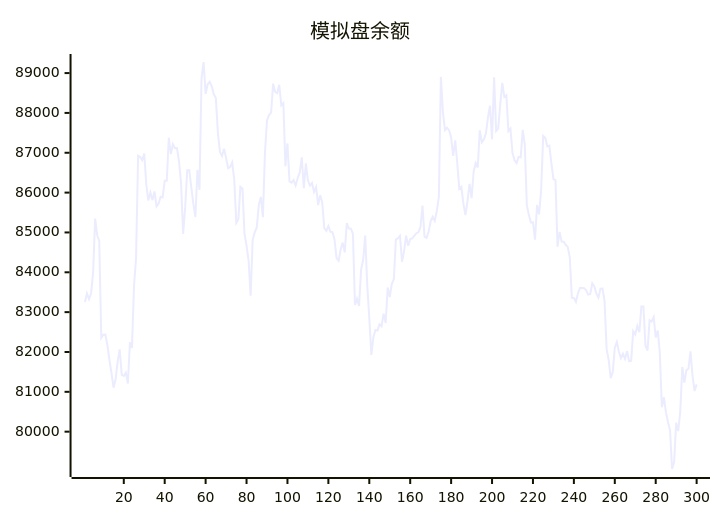
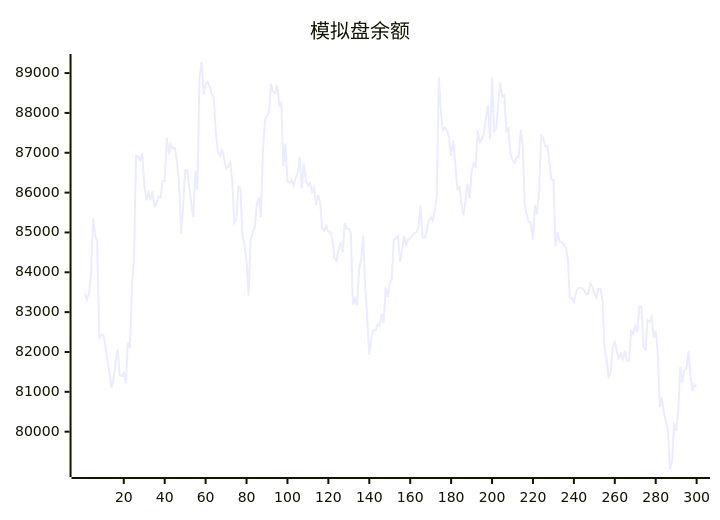
Before and after one commit to aahl/ai-trading: the diagram in README.md, drawn with Mermaid. The commit also changed other lines of this file and 1 other file, not shown here.

````diff
--- a/README.md
+++ b/README.md
@@ -5,5 +5,5 @@
 ```mermaid
 xychart
     title "模拟盘余额"
-    line [83253,83470,83327,83465,83987,85348,84930,84786,82355,82433,82438,82167,81795,81466,81105,81315,81756,82064,81426,81398,81481,81210,82242,82099,83658,84359,86925,86892,86814,86980,86203,85802,86003,85811,86028,85657,85721,85896,85880,86300,86299,87378,86965,87214,87115,87118,86780,86238,84966,85623,86555,86562,86129,85722,85387,86569,86070,88870,89278,88477,88720,88781,88668,88467,88372,87493,87018,86917,87102,86870,86613,86644,86758,86317,85242,85334,86149,86106,84968,84671,84302,83410,84816,85001,85127,85693,85891,85384,87001,87811,87945,88007,88734,88528,88495,88705,88189,88248,86662,87234,86279,86251,86314,86177,86364,86503,86886,86114,86731,86310,86176,86240,86017,86136,85685,85938,85749,85111,85044,85164,85016,85008,84824,84354,84287,84572,84745,84500,85234,85096,85095,84970,83180,83338,83157,84070,84309,84922,83667,82850,81924,82369,82552,82539,82695,82648,82962,82728,83619,83378,83710,83825,84819,84854,84917,84265,84527,84919,84668,84834,84850,84916,84981,85004,85131,85674,84891,84864,85019,85284,85393,85294,85538,85894,88904,88012,87567,87625,87568,87386,86920,87313,86737,86094,86143,85725,85437,85787,86219,85859,86526,86740,86630,87563,87264,87335,87483,87886,88180,87335,88894,87544,87608,88207,88755,88401,88444,87543,87608,87000,86810,86740,86894,86884,87576,87209,85686,85435,85251,85255,84820,85689,85453,86066,87420,87373,87161,87178,86740,86341,86315,84643,85012,84772,84768,84690,84635,84376,83360,83357,83259,83474,83608,83606,83602,83548,83440,83454,83724,83644,83464,83365,83590,83592,83275,82072,81806,81344,81492,82109,82254,82006,81848,81955,81829,82022,81769,81776,82522,82441,82656,82498,83144,83144,82150,82038,82797,82763,82872,82367,82536,81981,80612,80862,80484,80242,80034,79063,79245,80226,80016,80507,81625,81233,81544,81578,82016,81401,81019,81186]
+    line [83470,83327,83465,83987,85348,84930,84786,82355,82433,82438,82167,81795,81466,81105,81315,81756,82064,81426,81398,81481,81210,82242,82099,83658,84359,86925,86892,86814,86980,86203,85802,86003,85811,86028,85657,85721,85896,85880,86300,86299,87378,86965,87214,87115,87118,86780,86238,84966,85623,86555,86562,86129,85722,85387,86569,86070,88870,89278,88477,88720,88781,88668,88467,88372,87493,87018,86917,87102,86870,86613,86644,86758,86317,85242,85334,86149,86106,84968,84671,84302,83410,84816,85001,85127,85693,85891,85384,87001,87811,87945,88007,88734,88528,88495,88705,88189,88248,86662,87234,86279,86251,86314,86177,86364,86503,86886,86114,86731,86310,86176,86240,86017,86136,85685,85938,85749,85111,85044,85164,85016,85008,84824,84354,84287,84572,84745,84500,85234,85096,85095,84970,83180,83338,83157,84070,84309,84922,83667,82850,81924,82369,82552,82539,82695,82648,82962,82728,83619,83378,83710,83825,84819,84854,84917,84265,84527,84919,84668,84834,84850,84916,84981,85004,85131,85674,84891,84864,85019,85284,85393,85294,85538,85894,88904,88012,87567,87625,87568,87386,86920,87313,86737,86094,86143,85725,85437,85787,86219,85859,86526,86740,86630,87563,87264,87335,87483,87886,88180,87335,88894,87544,87608,88207,88755,88401,88444,87543,87608,87000,86810,86740,86894,86884,87576,87209,85686,85435,85251,85255,84820,85689,85453,86066,87420,87373,87161,87178,86740,86341,86315,84643,85012,84772,84768,84690,84635,84376,83360,83357,83259,83474,83608,83606,83602,83548,83440,83454,83724,83644,83464,83365,83590,83592,83275,82072,81806,81344,81492,82109,82254,82006,81848,81955,81829,82022,81769,81776,82522,82441,82656,82498,83144,83144,82150,82038,82797,82763,82872,82367,82536,81981,80612,80862,80484,80242,80034,79063,79245,80226,80016,80507,81625,81233,81544,81578,82016,81401,81019,81186,81130]
 ```
````
